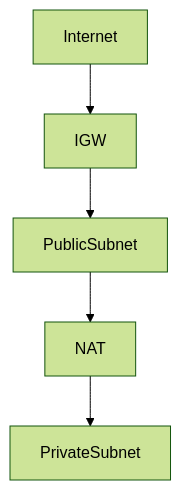
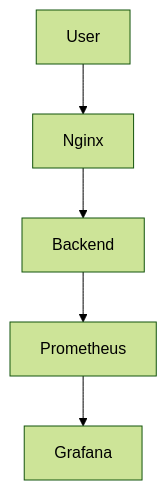
The diagram in README.md (arkantandel/vpc-infrastructure-blueprint), drawn with Mermaid (forest theme) before and after one commit. The commit also changed other lines of this file, not shown here.

````diff
--- a/README.md
+++ b/README.md
@@ -124,4 +335,7 @@
 ```mermaid
-flowchart TD
-    Internet --> IGW --> PublicSubnet --> NAT --> PrivateSubnet
+flowchart TB
+    User --> Nginx
+    Nginx --> Backend
+    Backend --> Prometheus
+    Prometheus --> Grafana
 ```
````
